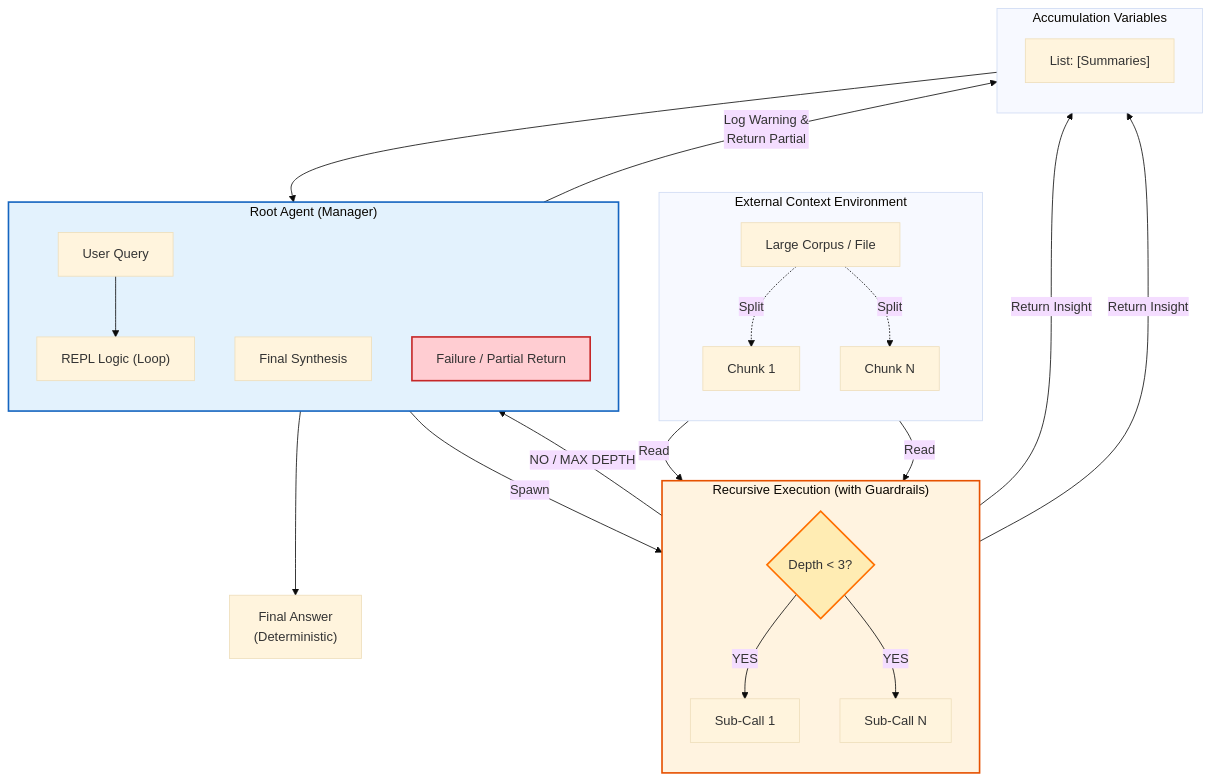
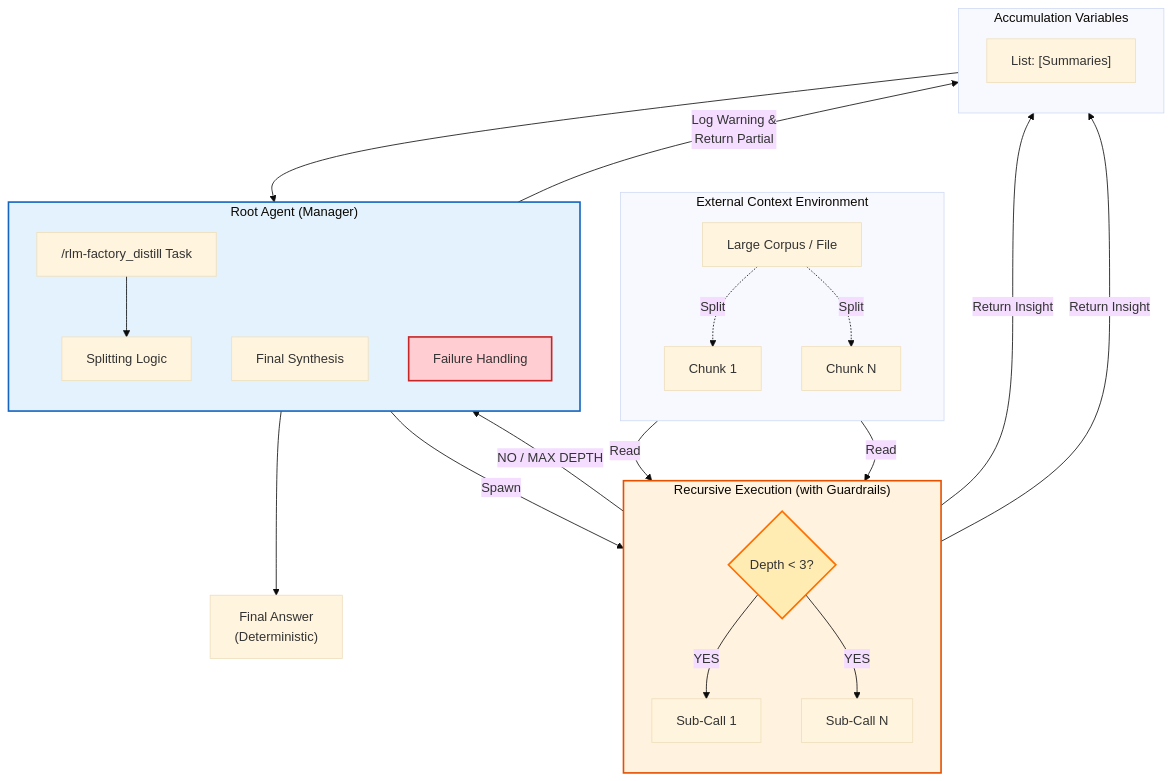
The diagram in plugins/rlm-factory/docs/rlm_mechanism_workflow.mmd (richfrem/InvestmentToolkit), drawn with Mermaid before and after one commit. The commit also changed 442 other files, not shown here.

```diff
--- a/plugins/rlm-factory/docs/rlm_mechanism_workflow.mmd
+++ b/plugins/rlm-factory/docs/rlm_mechanism_workflow.mmd
@@ -1,66 +1,66 @@
 ---
 config:
   layout: dagre
   theme: base
 ---
 
 %% Name: Recursive Language Model (RLM) Workflow with Safety
 %% Description: Visualizes the Bounded MapReduce strategy: Context Decomposition -> Recursive Execution (with Depth Limit) -> Accumulation -> Synthesis.
 %% Location: docs/architecture_diagrams/workflows/rlm_mechanism_workflow.mmd
 
 flowchart TB
     subgraph ContextEnv ["External Context Environment"]
         direction TB
         BigDoc["Large Corpus / File"]
         Chunk1["Chunk 1"]
         ChunkN["Chunk N"]
         
         BigDoc -.->|Split| Chunk1
         BigDoc -.->|Split| ChunkN
     end
 
     subgraph RootAgent ["Root Agent (Manager)"]
         direction TB
-        Goal["User Query"]
-        Planner["REPL Logic (Loop)"]
+        Goal["/rlm-factory_distill Task"]
+        Planner["Splitting Logic"]
         Synthesizer["Final Synthesis"]
-        FailureHandler["Failure / Partial Return"]
+        FailureHandler["Failure Handling"]
         
         Goal --> Planner
     end
 
     subgraph RecursiveLayer ["Recursive Execution (with Guardrails)"]
         direction TB
         SubCall1["Sub-Call 1"]
         SubCallN["Sub-Call N"]
         
         DepthCheck{"Depth < 3?"}
     end
 
     subgraph MemoryBuffer ["Accumulation Variables"]
         direction TB
         ResultsList["List: [Summaries]"]
     end
 
     %% Flow Relationships
     Planner -- "Spawn" --> DepthCheck
     
     DepthCheck -- "YES" --> SubCall1
     DepthCheck -- "YES" --> SubCallN
     DepthCheck -- "NO / MAX DEPTH" --> FailureHandler
 
     Chunk1 -- "Read" --> SubCall1
     ChunkN -- "Read" --> SubCallN
 
     SubCall1 -- "Return Insight" --> ResultsList
     SubCallN -- "Return Insight" --> ResultsList
     
     FailureHandler -- "Log Warning &<br>Return Partial" --> ResultsList
 
     ResultsList --> Synthesizer
     Synthesizer --> FinalOutput["Final Answer<br>(Deterministic)"]
 
     style RootAgent fill:#e3f2fd,stroke:#1565c0,stroke-width:2px
     style RecursiveLayer fill:#fff3e0,stroke:#e65100,stroke-width:2px
     style FailureHandler fill:#ffcdd2,stroke:#c62828,stroke-width:2px
     style DepthCheck fill:#ffecb3,stroke:#ff6f00,stroke-width:2px
```
